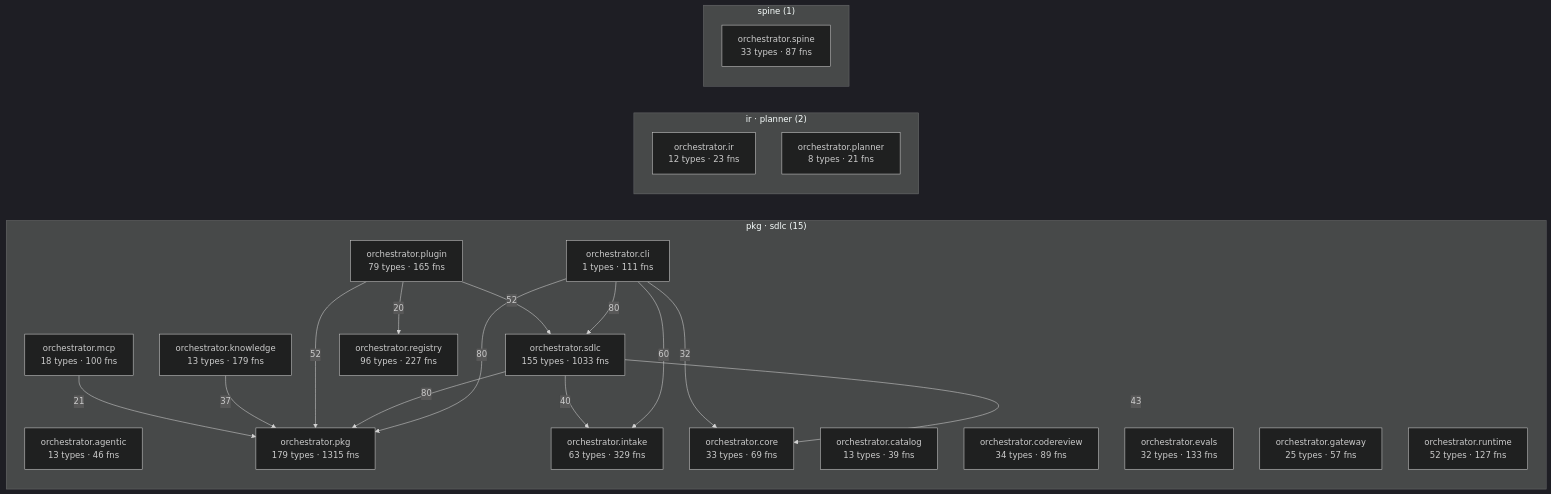
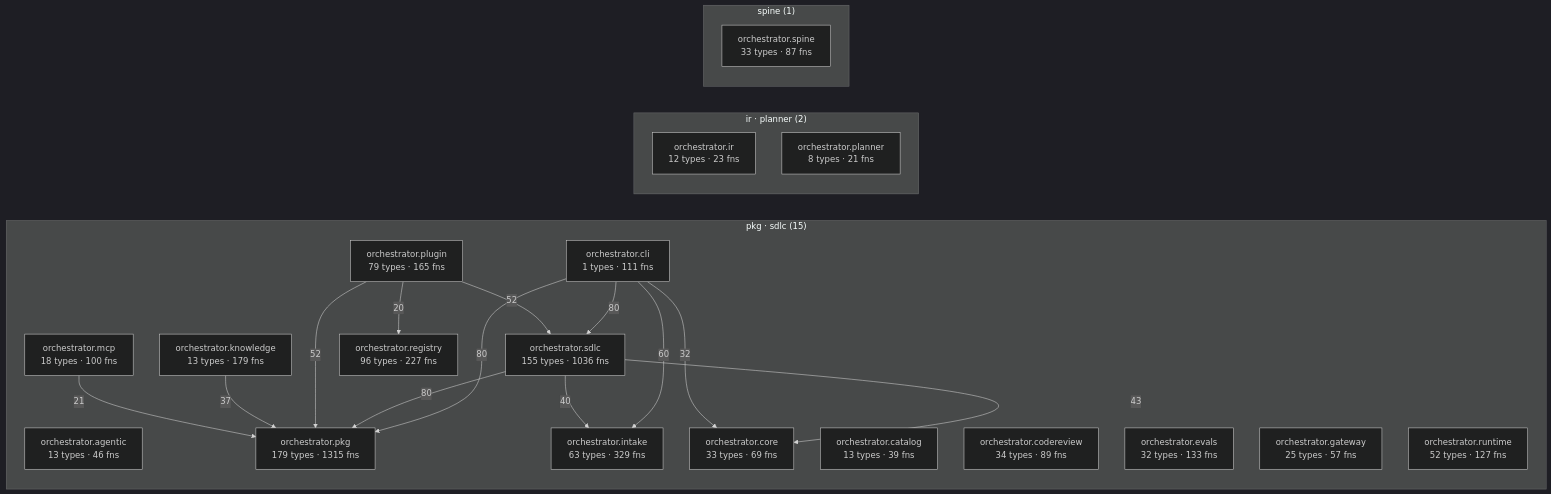
The diagram in episteme/architecture.md (synaptixs/spine), drawn with Mermaid (dark theme) before and after one commit. The commit also changed other lines of this file and 13 other files, not shown here.

````diff
--- a/episteme/architecture.md
+++ b/episteme/architecture.md
@@ -56,39 +56,39 @@
 ```mermaid
 flowchart LR
   subgraph c_2["pkg · sdlc (15)"]
     aorchestratoragentic["orchestrator.agentic<br/>13 types · 46 fns"]
     aorchestratorcatalog["orchestrator.catalog<br/>13 types · 39 fns"]
     aorchestratorcli["orchestrator.cli<br/>1 types · 111 fns"]
     aorchestratorcodereview["orchestrator.codereview<br/>34 types · 89 fns"]
     aorchestratorcore["orchestrator.core<br/>33 types · 69 fns"]
     aorchestratorevals["orchestrator.evals<br/>32 types · 133 fns"]
     aorchestratorgateway["orchestrator.gateway<br/>25 types · 57 fns"]
     aorchestratorintake["orchestrator.intake<br/>63 types · 329 fns"]
     aorchestratorknowledge["orchestrator.knowledge<br/>13 types · 179 fns"]
     aorchestratormcp["orchestrator.mcp<br/>18 types · 100 fns"]
     aorchestratorpkg["orchestrator.pkg<br/>179 types · 1315 fns"]
     aorchestratorplugin["orchestrator.plugin<br/>79 types · 165 fns"]
     aorchestratorregistry["orchestrator.registry<br/>96 types · 227 fns"]
     aorchestratorruntime["orchestrator.runtime<br/>52 types · 127 fns"]
-    aorchestratorsdlc["orchestrator.sdlc<br/>155 types · 1033 fns"]
+    aorchestratorsdlc["orchestrator.sdlc<br/>155 types · 1036 fns"]
   end
   subgraph c_5["ir · planner (2)"]
     aorchestratorir["orchestrator.ir<br/>12 types · 23 fns"]
     aorchestratorplanner["orchestrator.planner<br/>8 types · 21 fns"]
   end
   subgraph c_10["spine (1)"]
     aorchestratorspine["orchestrator.spine<br/>33 types · 87 fns"]
   end
   aorchestratorcli -->|80| aorchestratorpkg
   aorchestratorcli -->|80| aorchestratorsdlc
   aorchestratorsdlc -->|80| aorchestratorpkg
   aorchestratorcli -->|60| aorchestratorintake
   aorchestratorplugin -->|52| aorchestratorpkg
   aorchestratorplugin -->|52| aorchestratorsdlc
   aorchestratorsdlc -->|43| aorchestratorcore
   aorchestratorsdlc -->|40| aorchestratorintake
   aorchestratorknowledge -->|37| aorchestratorpkg
   aorchestratorcli -->|32| aorchestratorcore
   aorchestratormcp -->|21| aorchestratorpkg
   aorchestratorplugin -->|20| aorchestratorregistry
 ```
````
